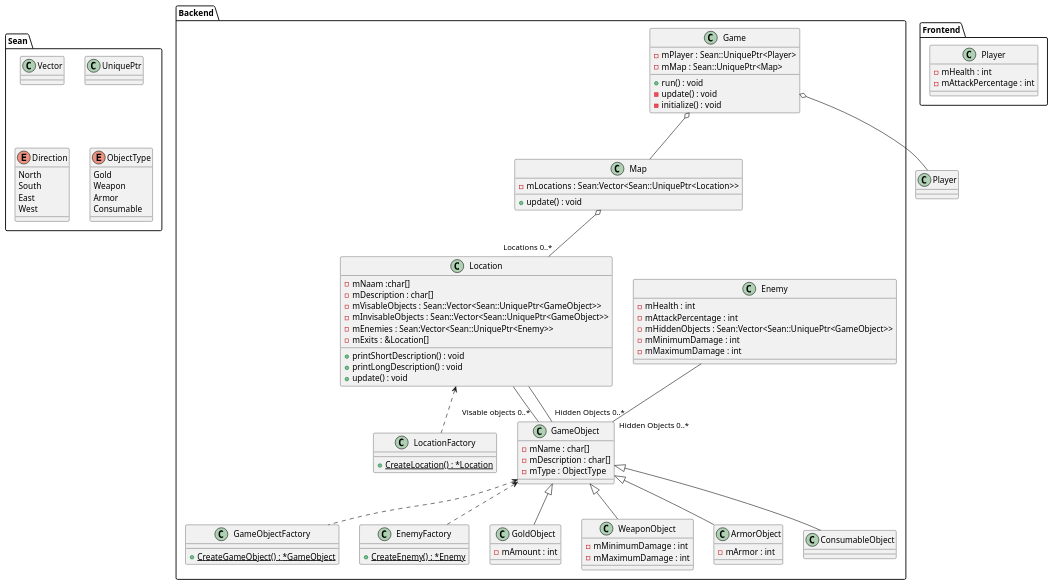
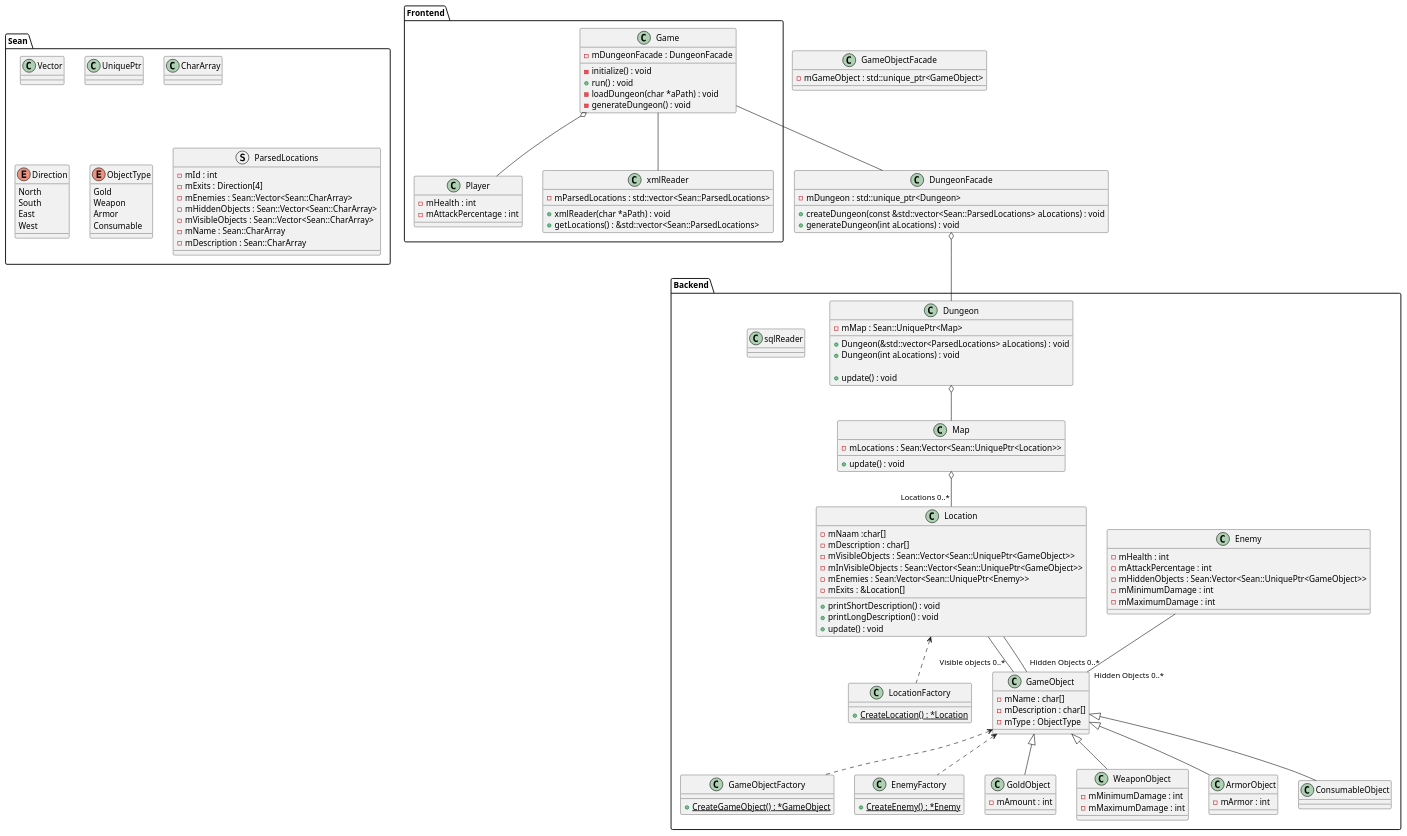
The diagram in docs/classDiagram/class.puml (heavydragon99/CPP_Assessment), drawn with PlantUML before and after one commit. The commit also changed 8 other files, not shown here.

First line of the commit message:
Updated class diagram. Moved namespace Sean

```diff
--- a/docs/classDiagram/class.puml
+++ b/docs/classDiagram/class.puml
@@ -1,146 +1,197 @@
 @startuml
 
 ' skinparam backgroundColor #1e1e1e
 ' skinparam classBackgroundColor #2d2d2d
 ' skinparam classBorderColor White
 ' skinparam classFontColor White
 ' skinparam classAttributeIconColor White
 ' skinparam classArrowColor White
 
 package "Sean"{
     class Vector{
 
     }
 
     class UniquePtr{}
 
+    class CharArray{}
+
     enum Direction{
         North
         South
         East
         West
     }
 
     enum ObjectType{
         Gold
         Weapon
         Armor
         Consumable
     }
+
+    struct ParsedLocations{
+        - mId : int
+        - mExits : Direction[4]
+        - mEnemies : Sean::Vector<Sean::CharArray>
+        - mHiddenObjects : Sean::Vector<Sean::CharArray>
+        - mVisibleObjects : Sean::Vector<Sean::CharArray>
+        - mName : Sean::CharArray
+        - mDescription : Sean::CharArray
+    }
 }
 
 
 package "Backend"{
-    
-class Location{
-    - mNaam :char[]
-    - mDescription : char[]
-    - mVisableObjects : Sean::Vector<Sean::UniquePtr<GameObject>>
-    - mInvisableObjects : Sean::Vector<Sean::UniquePtr<GameObject>>
-    - mEnemies : Sean:Vector<Sean::UniquePtr<Enemy>>
-    - mExits : &Location[]
+
+    class Location{
+        - mNaam :char[]
+        - mDescription : char[]
+        - mVisibleObjects : Sean::Vector<Sean::UniquePtr<GameObject>>
+        - mInVisibleObjects : Sean::Vector<Sean::UniquePtr<GameObject>>
+        - mEnemies : Sean:Vector<Sean::UniquePtr<Enemy>>
+        - mExits : &Location[]
 
 
-    'short description. Enemies
-    + printShortDescription() : void
-    'long description. Enemies. visable Items 
-    + printLongDescription() : void 
-    + update() : void
-}
+        'short description. Enemies
+        + printShortDescription() : void
+        'long description. Enemies. Visible Items
+        + printLongDescription() : void
+        + update() : void
+    }
 
 
-class LocationFactory{
-    +{static} CreateLocation() : *Location
-}
+    class LocationFactory{
+        +{static} CreateLocation() : *Location
+    }
 
-class GameObjectFactory{
-    +{static} CreateGameObject() : *GameObject
-}
+    class GameObjectFactory{
+        +{static} CreateGameObject() : *GameObject
+    }
 
-class EnemyFactory{
-    +{static} CreateEnemy() : *Enemy
-}
+    class EnemyFactory{
+        +{static} CreateEnemy() : *Enemy
+    }
 
-class GameObject{
-    -mName : char[]
-    -mDescription : char[]
-    -mType : ObjectType
-}
+    class GameObject{
+        -mName : char[]
+        -mDescription : char[]
+        -mType : ObjectType
+    }
 
-class GoldObject{
-    - mAmount : int
-}
+    class GoldObject{
+        - mAmount : int
+    }
 
-class WeaponObject{
-    - mMinimumDamage : int
-    - mMaximumDamage : int
-}
+    class WeaponObject{
+        - mMinimumDamage : int
+        - mMaximumDamage : int
+    }
 
-class ArmorObject{
-    - mArmor : int
-}
+    class ArmorObject{
+        - mArmor : int
+    }
 
-class Enemy{
-    - mHealth : int
-    - mAttackPercentage : int
-    - mHiddenObjects : Sean:Vector<Sean::UniquePtr<GameObject>>
-    - mMinimumDamage : int
-    - mMaximumDamage : int
-}
+    class Enemy{
+        - mHealth : int
+        - mAttackPercentage : int
+        - mHiddenObjects : Sean:Vector<Sean::UniquePtr<GameObject>>
+        - mMinimumDamage : int
+        - mMaximumDamage : int
+    }
 
-class ConsumableObject{}
+    class ConsumableObject{}
 
-class Map{
-    - mLocations : Sean:Vector<Sean::UniquePtr<Location>>
-    
-    + update() : void
-}
+    class Map{
+        - mLocations : Sean:Vector<Sean::UniquePtr<Location>>
 
-class Game{
-    - mPlayer : Sean::UniquePtr<Player>
-    - mMap : Sean::UniquePtr<Map>
+        + update() : void
+    }
 
-    + run() : void
-    - update() : void
-    - initialize() : void
-}
+    class Dungeon{
+        + Dungeon(&std::vector<ParsedLocations> aLocations) : void
+        + Dungeon(int aLocations) : void
 
-}
+        + update() : void
 
+        - mMap : Sean::UniquePtr<Map>
+    }
 
+    class sqlReader{}
 
-    Location -- "Visable objects 0..*" GameObject
+    Location -- "Visible objects 0..*" GameObject
     Location -- "Hidden Objects 0..*"GameObject
 
     Enemy -- "Hidden Objects 0..*" GameObject
 
     Location <.. LocationFactory
     GameObject <.. GameObjectFactory
     GameObject <.. EnemyFactory
 
     GameObject <|-- GoldObject
     GameObject <|-- WeaponObject
     GameObject <|-- ArmorObject
     GameObject <|-- ConsumableObject
 
     Map o-- "Locations 0..*" Location
 
-    Game o-- Player
-    Game o-- Map
+    Dungeon o-- Map
+
+}
+
+
+
+
 
 
 package "Frontend"{
 
-class Player{
-    - mHealth : int
-    - mAttackPercentage : int
-}
+    class Player{
+        - mHealth : int
+        - mAttackPercentage : int
+    }
+
+    class Game{
+        - initialize() : void
+        + run() : void
+        - loadDungeon(char *aPath) : void
+        - generateDungeon() : void
+
+        - mDungeonFacade : DungeonFacade
+    }
+
+    class xmlReader{
+        + xmlReader(char *aPath) : void
+        + getLocations() : &std::vector<Sean::ParsedLocations>
+
+        - mParsedLocations : std::vector<Sean::ParsedLocations>
+    }
 
 }
 
 ' Misc
+class DungeonFacade{
+    - mDungeon : std::unique_ptr<Dungeon>
+
+    + createDungeon(const &std::vector<Sean::ParsedLocations> aLocations) : void
+    + generateDungeon(int aLocations) : void
+}
+
+class GameObjectFacade{
+    - mGameObject : std::unique_ptr<GameObject>
+
+}
+
+
+Game -- DungeonFacade
+Game o-- Player
+
+Game -- xmlReader
+
+DungeonFacade o-- Dungeon
+
 
 
 
 
 @enduml
```
